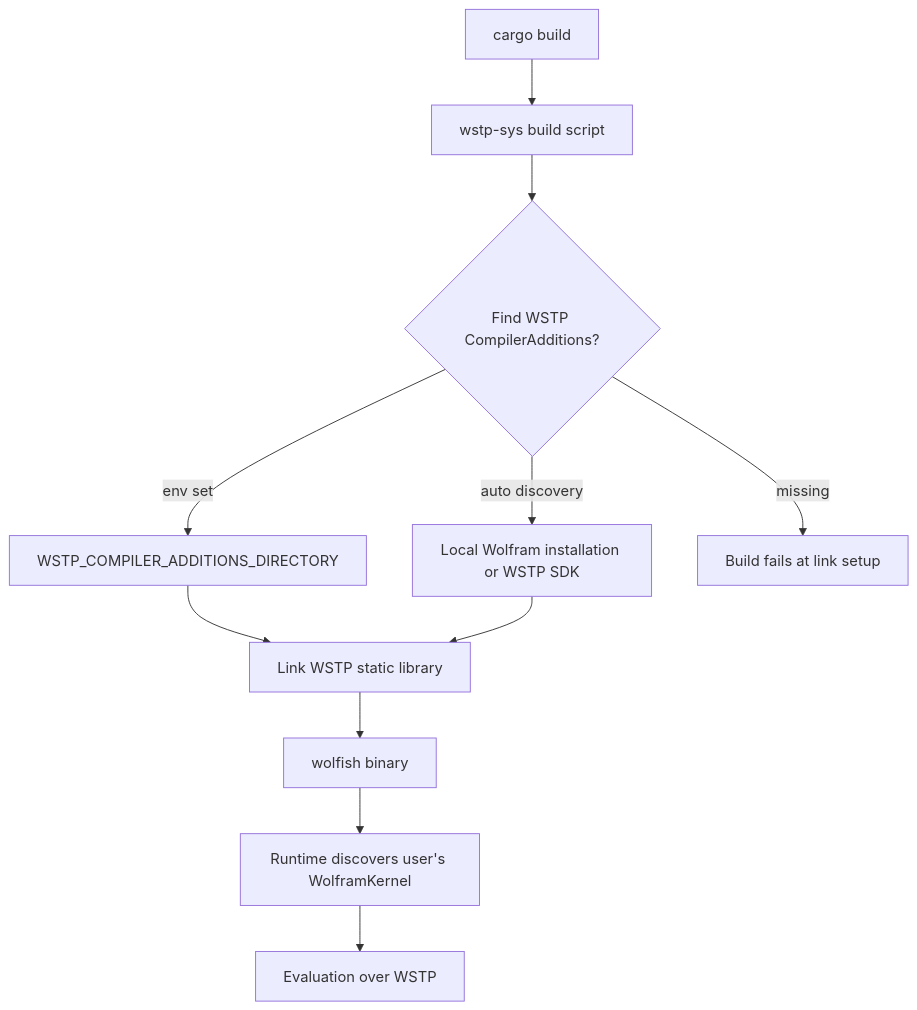
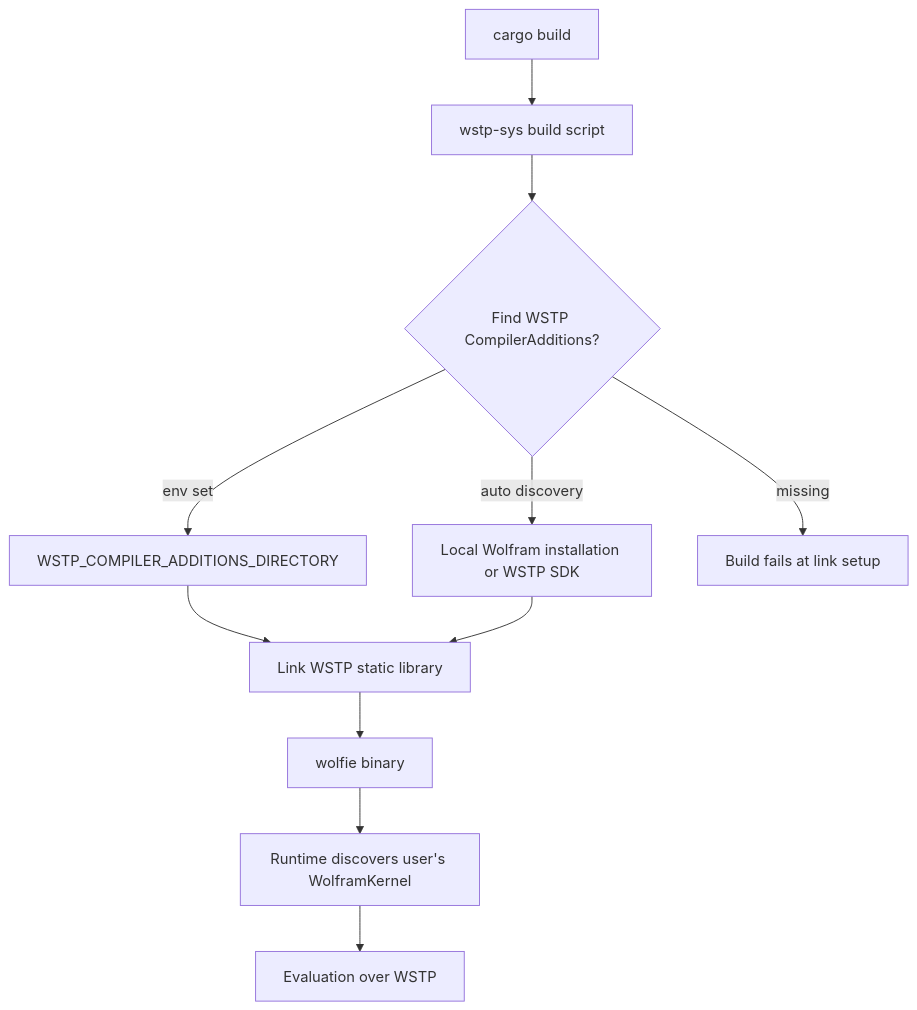
One commit to ToneAr/wolfram-cli changed diagram 13 of 15 in docs/Architecture.md. Above: the diagram before and after it, drawn with Mermaid. The commit also changed other lines of this file and 20 other files, not shown here.

````diff
--- a/docs/Architecture.md
+++ b/docs/Architecture.md
@@ -403,13 +403,13 @@
 ```mermaid
 flowchart TD
     CargoBuild[cargo build] --> WstpSys[wstp-sys build script]
     WstpSys --> Discover{Find WSTP CompilerAdditions?}
     Discover -->|env set| EnvDir[WSTP_COMPILER_ADDITIONS_DIRECTORY]
     Discover -->|auto discovery| LocalInstall[Local Wolfram installation or WSTP SDK]
     Discover -->|missing| BuildError[Build fails at link setup]
     EnvDir --> Link[Link WSTP static library]
     LocalInstall --> Link
-    Link --> Binary[wolfish binary]
+    Link --> Binary[wolfie binary]
     Binary --> Runtime[Runtime discovers user's WolframKernel]
     Runtime --> Eval[Evaluation over WSTP]
 ```
````
